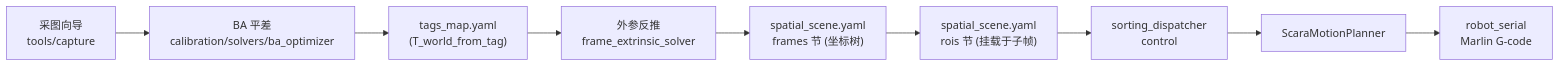
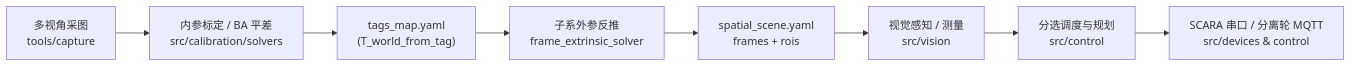
One commit to voicevon/spatial_vision changed the second of 2 diagrams in docs/architecture.md. Above: the diagram before and after it, drawn with Mermaid. The commit also changed other lines of this file and 23 other files, not shown here.

````diff
--- a/docs/architecture.md
+++ b/docs/architecture.md
@@ -125,11 +72,10 @@
 ```mermaid
 flowchart LR
-    A["采图向导<br>tools/capture"] --> B["BA 平差<br>calibration/solvers/ba_optimizer"]
+    A["多视角采图<br>tools/capture"] --> B["内参标定 / BA 平差<br>src/calibration/solvers"]
     B --> C["tags_map.yaml<br>(T_world_from_tag)"]
-    C --> D["外参反推<br>frame_extrinsic_solver"]
-    D --> E["spatial_scene.yaml<br>frames 节 (坐标树)"]
-    E --> F["spatial_scene.yaml<br>rois 节 (挂载于子帧)"]
-    F --> G["sorting_dispatcher<br>control"]
-    G --> H["ScaraMotionPlanner"]
-    H --> I["robot_serial<br>Marlin G-code"]
+    C --> D["子系外参反推<br>frame_extrinsic_solver"]
+    D --> E["spatial_scene.yaml<br>frames + rois"]
+    E --> F["视觉感知 / 测量<br>src/vision"]
+    F --> G["分选调度与规划<br>src/control"]
+    G --> H["SCARA 串口 / 分离轮 MQTT<br>src/devices & control"]
 ```
````
